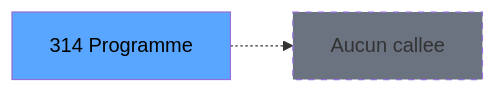
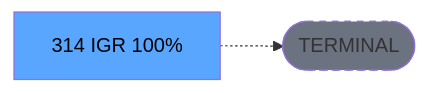
Before and after one commit to thonyAGP/lecteur-magic: the third of 3 diagrams in .openspec/renders/ADH-IDE-314.md, drawn with Mermaid. The commit also changed other lines of this file and 701 other files, not shown here.

````diff
--- a/.openspec/renders/ADH-IDE-314.md
+++ b/.openspec/renders/ADH-IDE-314.md
@@ -159,8 +150,8 @@
 ```mermaid
 graph LR
-    T[314 Programme]
-    NONE[Aucun callee]
-    T -.-> NONE
+    T[314 IGR 100%]
+    TERM([TERMINAL])
+    T -.-> TERM
+    style TERM fill:#6b7280,stroke-dasharray: 5 5
     style T fill:#58a6ff,color:#000
-    style NONE fill:#6b7280,stroke-dasharray: 5 5
 ```
````
